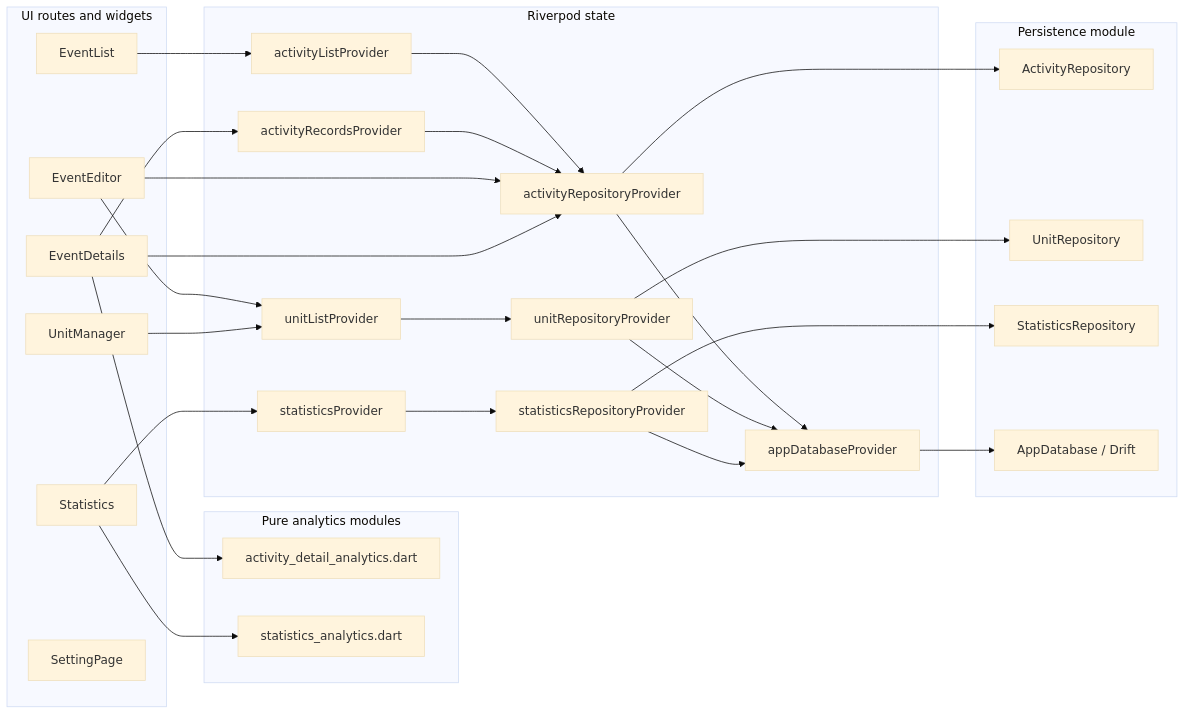
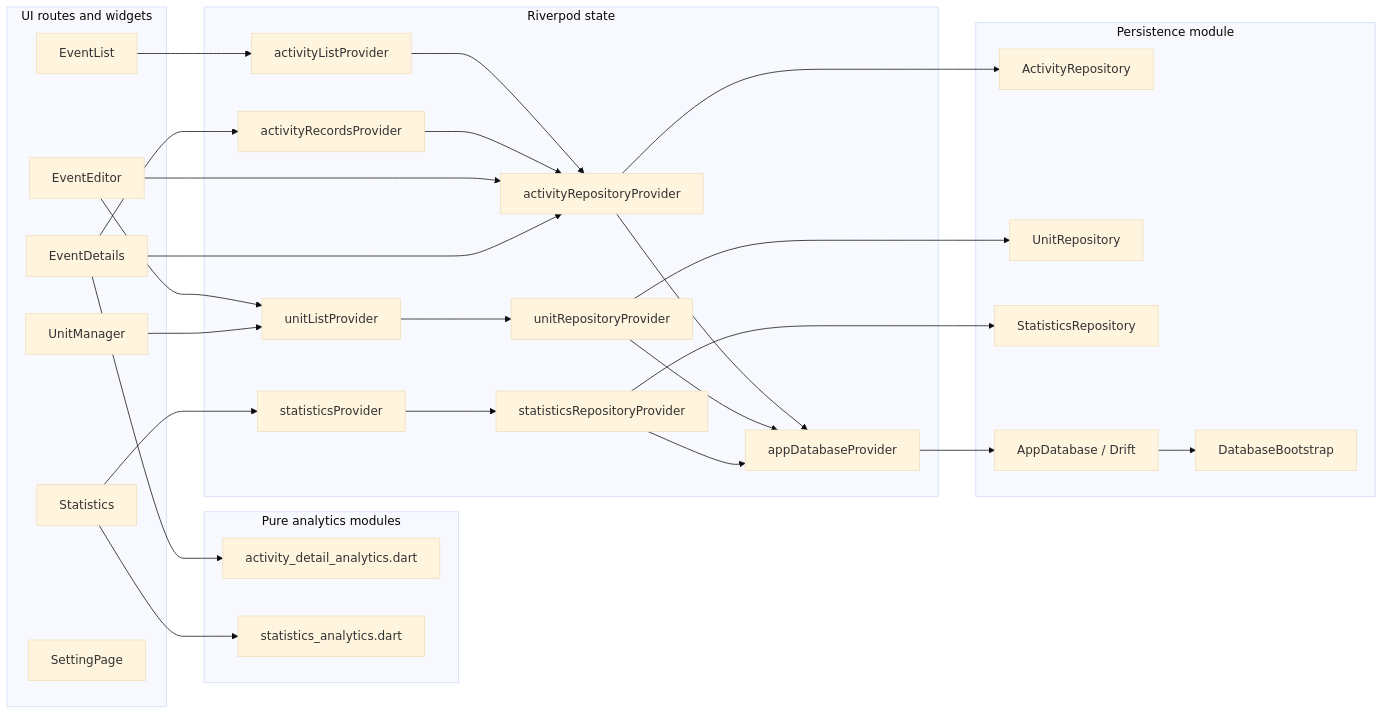
One commit to Guoyuer/eventTracker changed the first of 5 diagrams in docs/architecture/module-flow.md. Above: the diagram before and after it, drawn with Mermaid (base theme). The commit also changed other lines of this file and 11 other files, not shown here.

Commit message:
Extract database bootstrap from app database

````diff
--- a/docs/architecture/module-flow.md
+++ b/docs/architecture/module-flow.md
@@ -7,55 +7,57 @@
 ```mermaid
 flowchart LR
   subgraph UI["UI routes and widgets"]
     EventList["EventList"]
     EventDetails["EventDetails"]
     Statistics["Statistics"]
     EventEditor["EventEditor"]
     UnitManager["UnitManager"]
     Settings["SettingPage"]
   end
 
   subgraph Analytics["Pure analytics modules"]
     ActivityDetailAnalytics["activity_detail_analytics.dart"]
     StatisticsAnalytics["statistics_analytics.dart"]
   end
 
   subgraph State["Riverpod state"]
     AppDatabaseProvider["appDatabaseProvider"]
     ActivityRepositoryProvider["activityRepositoryProvider"]
     UnitRepositoryProvider["unitRepositoryProvider"]
     StatisticsRepositoryProvider["statisticsRepositoryProvider"]
     ActivityListProvider["activityListProvider"]
     ActivityRecordsProvider["activityRecordsProvider"]
     UnitListProvider["unitListProvider"]
     StatisticsProvider["statisticsProvider"]
   end
 
   subgraph Persistence["Persistence module"]
+    DatabaseBootstrap["DatabaseBootstrap"]
     ActivityRepository["ActivityRepository"]
     UnitRepository["UnitRepository"]
     StatisticsRepository["StatisticsRepository"]
     AppDatabase["AppDatabase / Drift"]
   end
 
   EventList --> ActivityListProvider
   ActivityListProvider --> ActivityRepositoryProvider
   EventDetails --> ActivityRecordsProvider
   ActivityRecordsProvider --> ActivityRepositoryProvider
   EventEditor --> UnitListProvider
   UnitManager --> UnitListProvider
   UnitListProvider --> UnitRepositoryProvider
   Statistics --> StatisticsProvider
   StatisticsProvider --> StatisticsRepositoryProvider
   EventEditor --> ActivityRepositoryProvider
   EventDetails --> ActivityDetailAnalytics
   EventDetails --> ActivityRepositoryProvider
   Statistics --> StatisticsAnalytics
   ActivityRepositoryProvider --> ActivityRepository
   UnitRepositoryProvider --> UnitRepository
   StatisticsRepositoryProvider --> StatisticsRepository
   ActivityRepositoryProvider --> AppDatabaseProvider
   UnitRepositoryProvider --> AppDatabaseProvider
   StatisticsRepositoryProvider --> AppDatabaseProvider
   AppDatabaseProvider --> AppDatabase
+  AppDatabase --> DatabaseBootstrap
 ```
````
